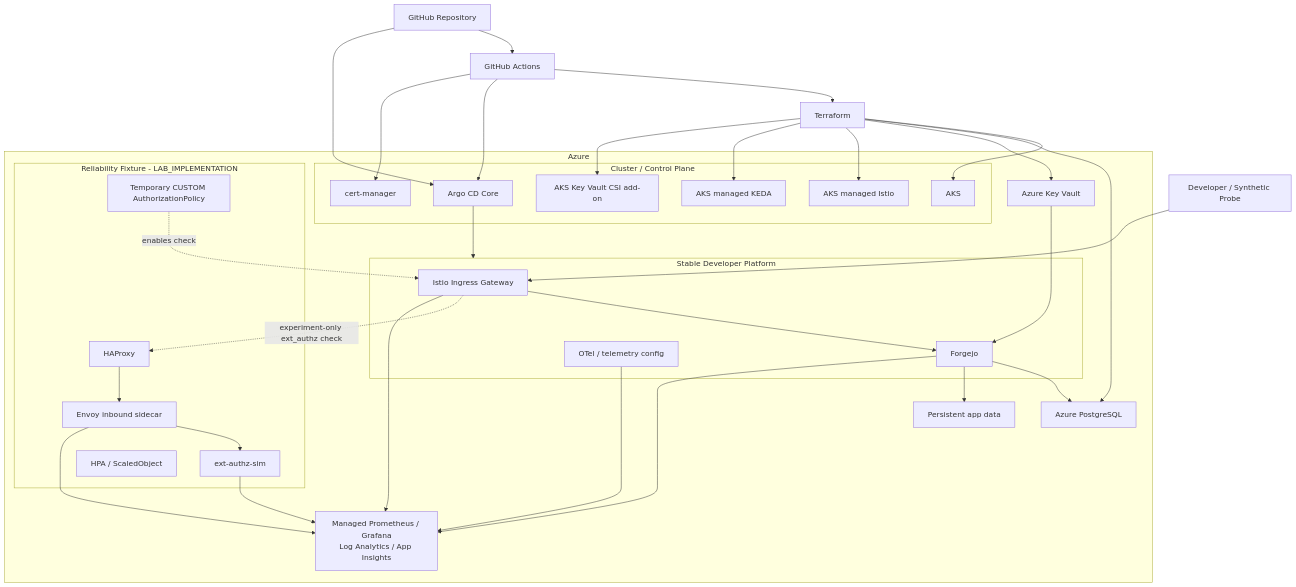
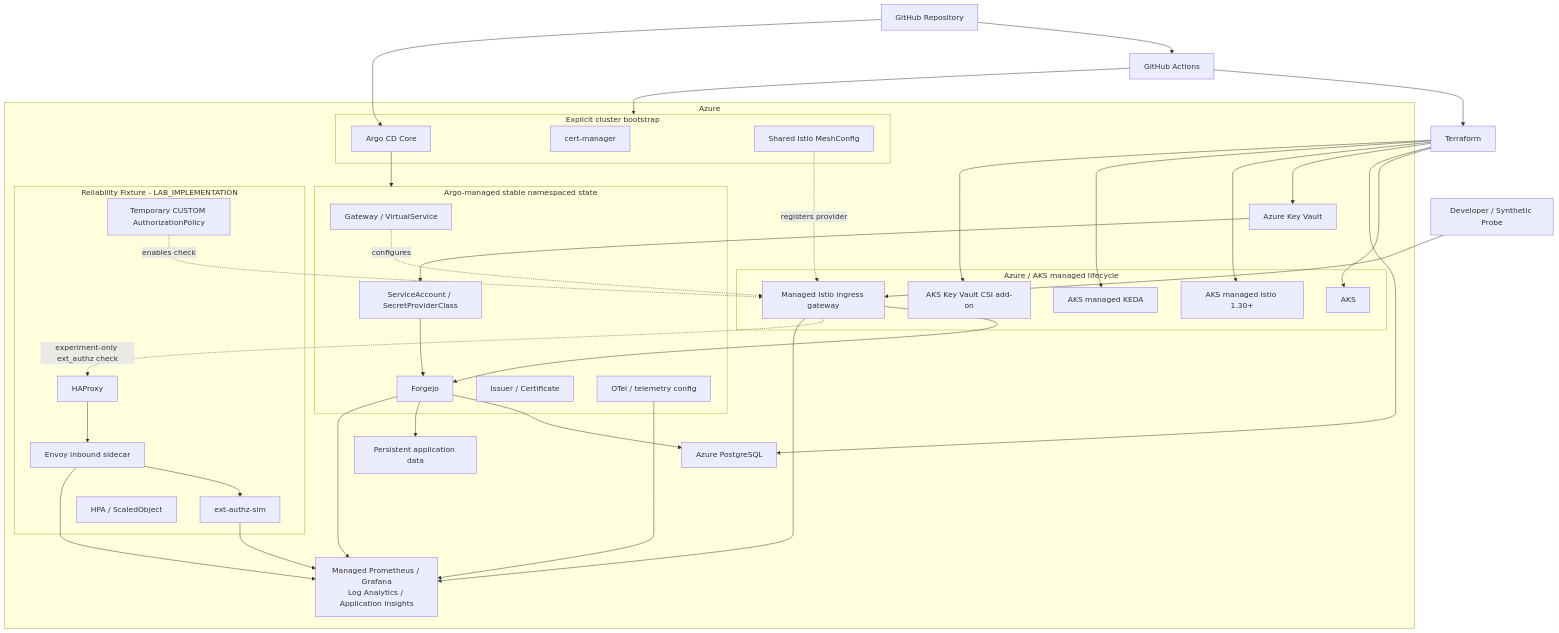
The diagram in docs/architecture.md (imcherry5778-labs/github-capacity-cascade-platform-archive), drawn with Mermaid before and after one commit. The commit also changed other lines of this file, not shown here.

Commit message:
docs(architecture): Azure managed lifecycle과 ownership 경계 정리

````diff
--- a/docs/architecture.md
+++ b/docs/architecture.md
@@ -13,67 +13,77 @@
 ```mermaid
 flowchart TB
     DEV["Developer / Synthetic Probe"]
     GH["GitHub Repository"]
     CI["GitHub Actions"]
     TF["Terraform"]
 
     subgraph AZ["Azure"]
-        subgraph CTRL["Cluster / Control Plane"]
+        subgraph MANAGED["Azure / AKS managed lifecycle"]
             AKS["AKS"]
-            MESH["AKS managed Istio"]
+            MESH["AKS managed Istio 1.30+"]
+            MIGW["Managed Istio ingress gateway"]
             MKEDA["AKS managed KEDA"]
             CSI["AKS Key Vault CSI add-on"]
+        end
+
+        subgraph BOOT["Explicit cluster bootstrap"]
             ARGO["Argo CD Core"]
             CERT["cert-manager"]
+            MCFG["Shared Istio MeshConfig"]
         end
 
-        subgraph STABLE["Stable Developer Platform"]
-            GW["Istio Ingress Gateway"]
-            F["Forgejo"]
+        subgraph STABLE["Argo-managed stable namespaced state"]
+            ROUTE["Gateway / VirtualService"]
+            FORGEJO["Forgejo"]
+            TLS["Issuer / Certificate"]
+            WID["ServiceAccount / SecretProviderClass"]
             TEL["OTel / telemetry config"]
         end
 
         PG["Azure PostgreSQL"]
-        DISK["Persistent app data"]
+        DISK["Persistent application data"]
         KV["Azure Key Vault"]
-        OBS["Managed Prometheus / Grafana
-Log Analytics / App Insights"]
 
         subgraph EXP["Reliability Fixture - LAB_IMPLEMENTATION"]
             HAP["HAProxy"]
-            ES["Envoy inbound sidecar"]
+            ENVOY["Envoy inbound sidecar"]
             AUTH["ext-authz-sim"]
             POLICY["Temporary CUSTOM AuthorizationPolicy"]
             SCALE["HPA / ScaledObject"]
         end
+
+        OBS["Managed Prometheus / Grafana
+Log Analytics / Application Insights"]
     end
 
     GH --> CI
     CI --> TF
     TF --> AKS
     TF --> PG
     TF --> KV
     TF --> MESH
     TF --> MKEDA
     TF --> CSI
 
-    CI --> ARGO
-    CI --> CERT
+    CI --> BOOT
     GH --> ARGO
     ARGO --> STABLE
 
-    DEV --> GW --> F
-    F --> PG
-    F --> DISK
-    KV --> F
+    DEV --> MIGW
+    ROUTE -. "configures" .-> MIGW
+    MIGW --> FORGEJO
+    FORGEJO --> PG
+    FORGEJO --> DISK
+    KV --> WID --> FORGEJO
 
-    GW -. "experiment-only ext_authz check" .-> HAP
-    HAP --> ES --> AUTH
-    POLICY -. "enables check" .-> GW
+    MIGW -. "experiment-only ext_authz check" .-> HAP
+    HAP --> ENVOY --> AUTH
+    POLICY -. "enables check" .-> MIGW
+    MCFG -. "registers provider" .-> MIGW
 
-    F --> OBS
-    GW --> OBS
-    ES --> OBS
+    FORGEJO --> OBS
+    MIGW --> OBS
+    ENVOY --> OBS
     AUTH --> OBS
     TEL --> OBS
 ```
````
